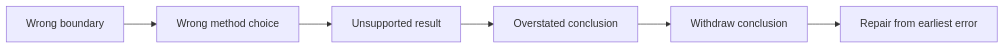
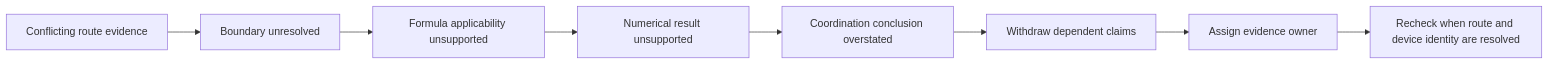
Before and after one commit to andrew3stedall/capstone: the second of 2 diagrams in docs/learning-plans/12-week/modules/day-33-rest-retrieval-and-formula-selection-correction.md, drawn with Mermaid. The commit also changed other lines of this file, not shown here.

Commit message:
Improve Day 33 retrieval and formula correction module

````diff
--- a/docs/learning-plans/12-week/modules/day-33-rest-retrieval-and-formula-selection-correction.md
+++ b/docs/learning-plans/12-week/modules/day-33-rest-retrieval-and-formula-selection-correction.md
@@ -79,8 +152,10 @@
 ```mermaid
 flowchart LR
-    A[Wrong boundary] --> B[Wrong method choice]
-    B --> C[Unsupported result]
-    C --> D[Overstated conclusion]
-    D --> E[Withdraw conclusion]
-    E --> F[Repair from earliest error]
+    A[Conflicting route evidence] --> B[Boundary unresolved]
+    B --> C[Formula applicability unsupported]
+    C --> D[Numerical result unsupported]
+    D --> E[Coordination conclusion overstated]
+    E --> F[Withdraw dependent claims]
+    F --> G[Assign evidence owner]
+    G --> H[Recheck when route and device identity are resolved]
 ```
````
